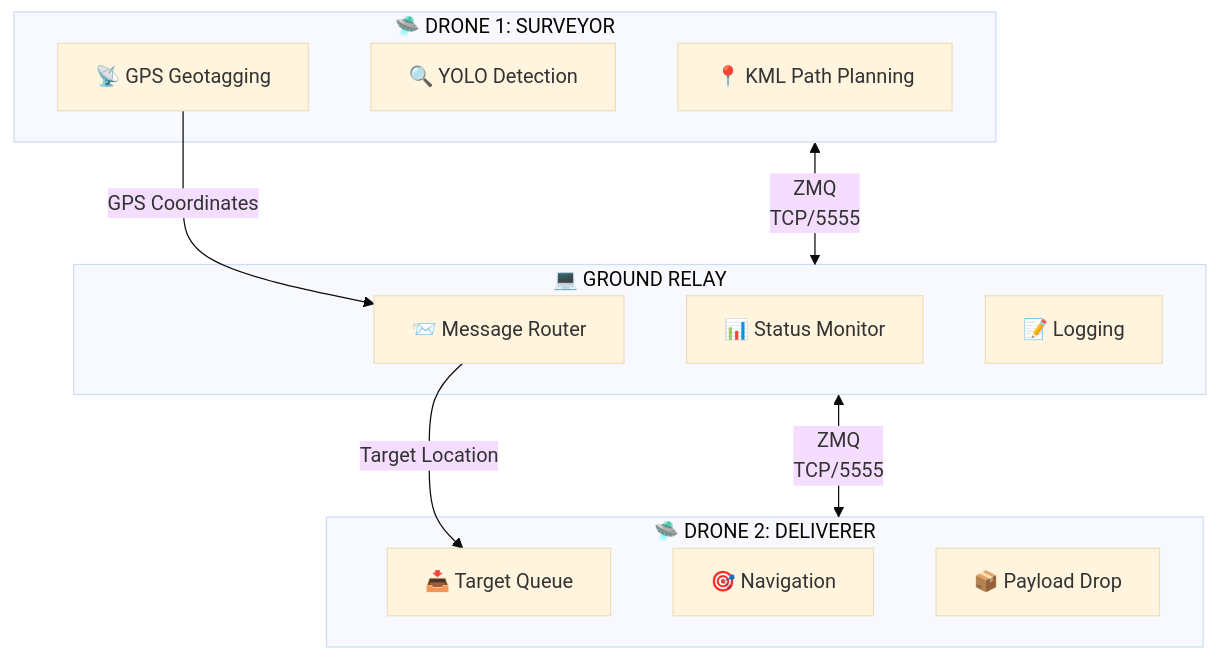
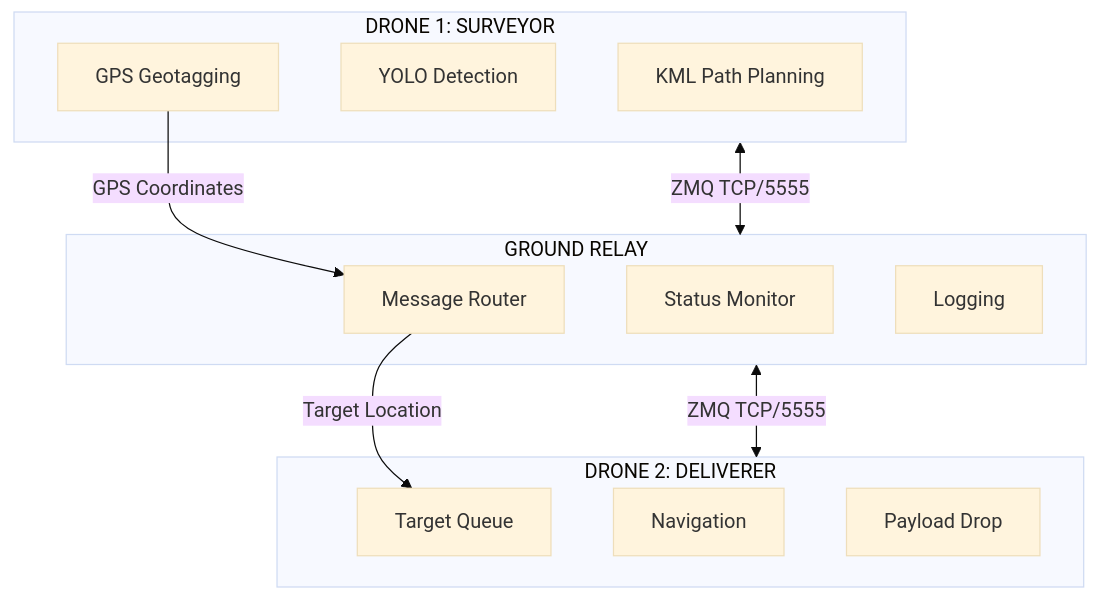
The first of 2 diagrams in README.md (Dijo-404/Nidar--2025-ELKA-), drawn with Mermaid (base theme) before and after one commit.

````diff
--- a/README.md
+++ b/README.md
@@ -9,26 +9,26 @@
 ```mermaid
 flowchart TB
-    subgraph DRONE1["🛸 DRONE 1: SURVEYOR"]
-        D1A["📍 KML Path Planning"]
-        D1B["🔍 YOLO Detection"]
-        D1C["📡 GPS Geotagging"]
+    subgraph DRONE1["DRONE 1: SURVEYOR"]
+        D1A["KML Path Planning"]
+        D1B["YOLO Detection"]
+        D1C["GPS Geotagging"]
     end
     
-    subgraph RELAY["💻 GROUND RELAY"]
-        R1["📨 Message Router"]
-        R2["📊 Status Monitor"]
-        R3["📝 Logging"]
+    subgraph RELAY["GROUND RELAY"]
+        R1["Message Router"]
+        R2["Status Monitor"]
+        R3["Logging"]
     end
     
-    subgraph DRONE2["🛸 DRONE 2: DELIVERER"]
-        D2A["📥 Target Queue"]
-        D2B["🎯 Navigation"]
-        D2C["📦 Payload Drop"]
+    subgraph DRONE2["DRONE 2: DELIVERER"]
+        D2A["Target Queue"]
+        D2B["Navigation"]
+        D2C["Payload Drop"]
     end
     
-    DRONE1 <-->|"ZMQ\nTCP/5555"| RELAY
-    RELAY <-->|"ZMQ\nTCP/5555"| DRONE2
+    DRONE1 <-->|"ZMQ TCP/5555"| RELAY
+    RELAY <-->|"ZMQ TCP/5555"| DRONE2
     
     D1C -->|"GPS Coordinates"| R1
     R1 -->|"Target Location"| D2A
 ```
````
